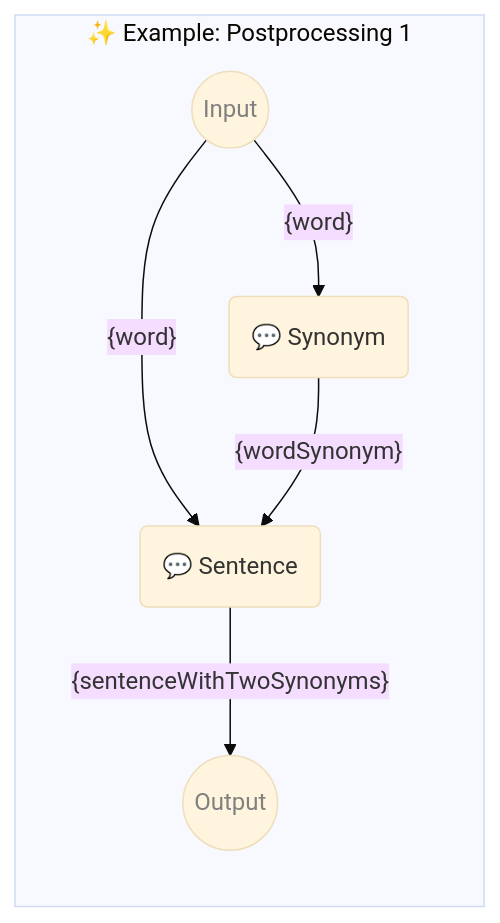
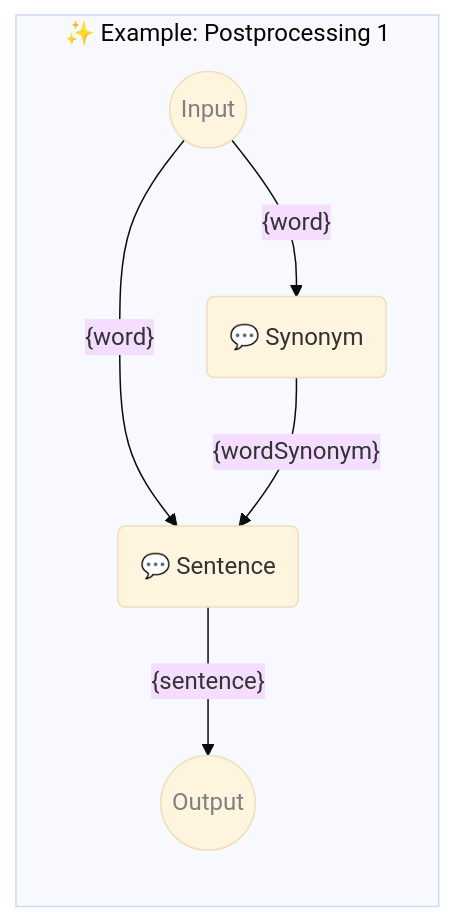
The diagram in examples/pipelines/40-postprocessing.book.md (webgptorg/promptbook), drawn with Mermaid (base theme) before and after one commit. The commit also changed 41 other files, not shown here.

````diff
--- a/examples/pipelines/40-postprocessing.book.md
+++ b/examples/pipelines/40-postprocessing.book.md
@@ -12,26 +12,26 @@
 ```mermaid
 %% 🔮 Tip: Open this on GitHub or in the VSCode website to see the Mermaid graph visually
 
 flowchart LR
   subgraph "✨ Example: Postprocessing 1"
 
       direction TB
 
       input((Input)):::input
-      templateSynonym("💬 Synonym")
-      input--"{word}"-->templateSynonym
-      templateSentence("💬 Sentence")
-      input--"{word}"-->templateSentence
-      templateSynonym--"{wordSynonym}"-->templateSentence
+      taskSynonym("💬 Synonym")
+      input--"{word}"-->taskSynonym
+      taskSentence("💬 Sentence")
+      input--"{word}"-->taskSentence
+      taskSynonym--"{wordSynonym}"-->taskSentence
 
-      templateSentence--"{sentenceWithTwoSynonyms}"-->output
+      taskSentence--"{sentence}"-->output
       output((Output)):::output
 
-      click templateSynonym href "#synonym" "💬 Synonym";
-      click templateSentence href "#sentence" "💬 Sentence";
+      click taskSynonym href "#synonym" "💬 Synonym";
+      click taskSentence href "#sentence" "💬 Sentence";
 
       classDef input color: grey;
       classDef output color: grey;
 
   end;
 ```
````
